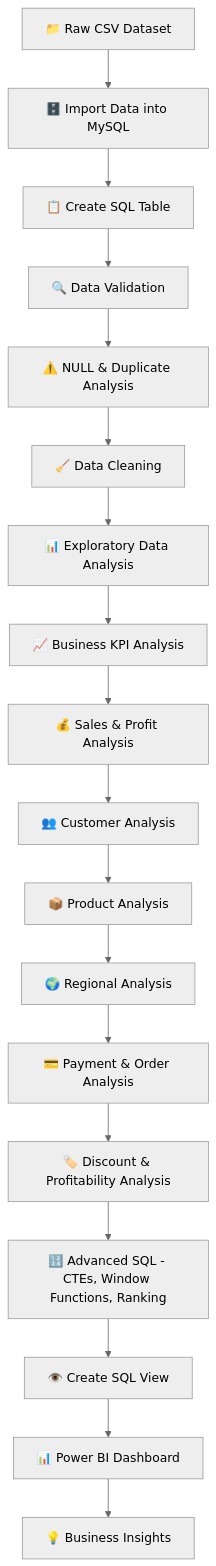
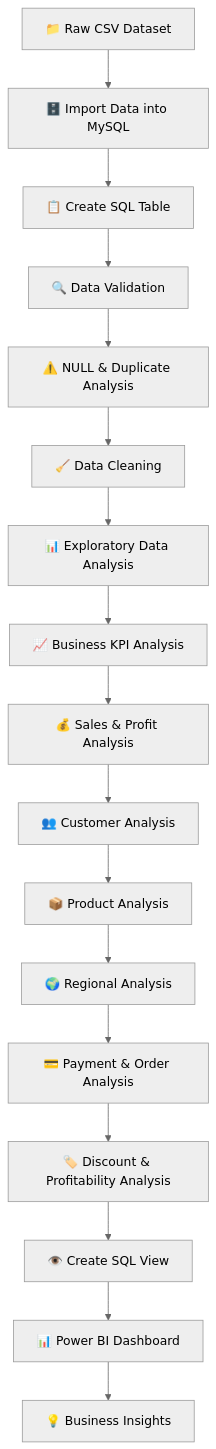
Before and after one commit to Vaishu3228/Ecommerce-Sales-Analysis: the diagram in README.md, drawn with Mermaid (neutral theme).

Commit message:
Update flow of SQL and Power BI steps
Reordered steps in the README for clarity.

````diff
--- a/README.md
+++ b/README.md
@@ -67,20 +67,19 @@
 ```mermaid
 flowchart TD
     A[📁 Raw CSV Dataset] --> B[🗄️ Import Data into MySQL]
     B --> C[📋 Create SQL Table]
     C --> D[🔍 Data Validation]
     D --> E[⚠️ NULL & Duplicate Analysis]
     E --> F[🧹 Data Cleaning]
     F --> G[📊 Exploratory Data Analysis]
     G --> H[📈 Business KPI Analysis]
     H --> I[💰 Sales & Profit Analysis]
     I --> J[👥 Customer Analysis]
     J --> K[📦 Product Analysis]
     K --> L[🌍 Regional Analysis]
     L --> M[💳 Payment & Order Analysis]
     M --> N[🏷️ Discount & Profitability Analysis]
-    N --> O[🔢 Advanced SQL - CTEs, Window Functions, Ranking]
-    O --> P[👁️ Create SQL View]
-    P --> Q[📊 Power BI Dashboard]
-    Q --> R[💡 Business Insights]
+    N --> O[👁️ Create SQL View]
+    O --> P[📊 Power BI Dashboard]
+    P --> Q[💡 Business Insights]
 ```
````
